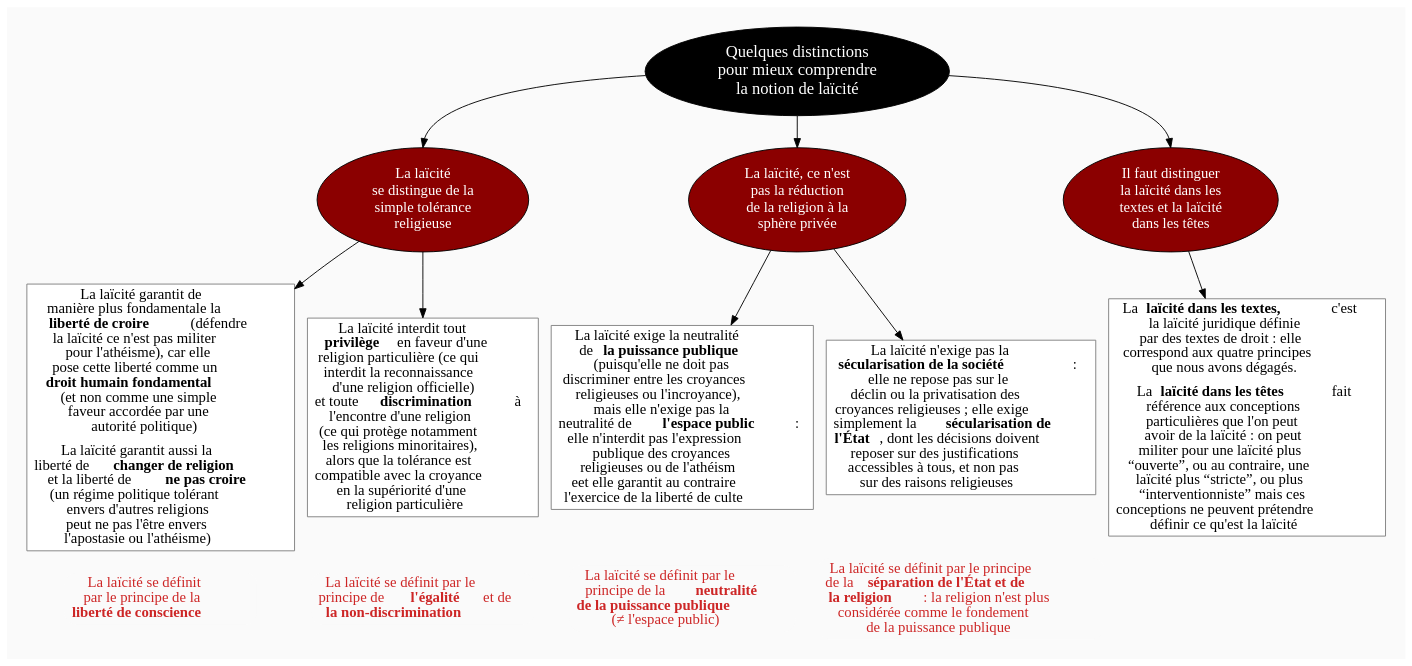
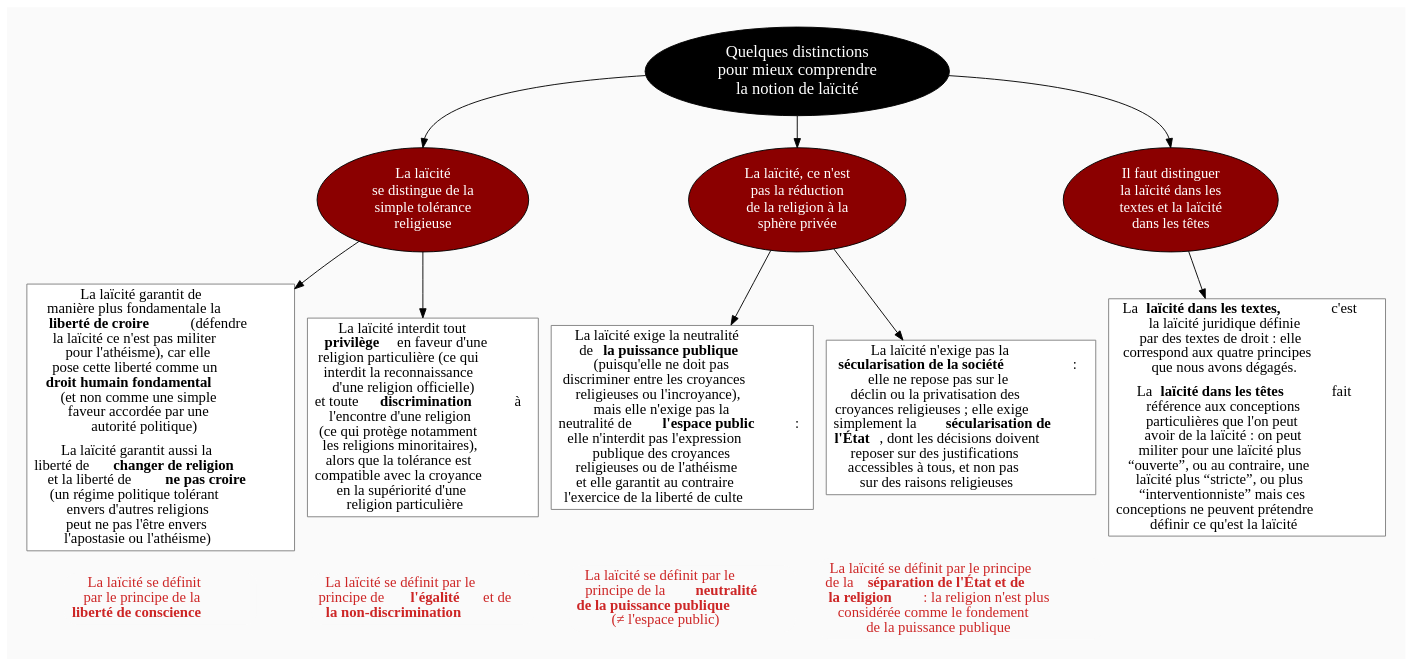
The diagram in diagram/laicite-v2.dot (eyssette/graphviz-examples), drawn with Graphviz before and after one commit.

```diff
--- a/diagram/laicite-v2.dot
+++ b/diagram/laicite-v2.dot
@@ -1,165 +1,165 @@
 digraph G {
 // Template : diagram
 // Usage : 
 //rankdir=LR
 splines=true
 //splines=curved
 bgcolor=grey98
 pad=0.3
 style=filled
 edge[minlen=4]
 node[style=filled, fontcolor=white]
 ranksep=0.1
 nodesep=0.2
 
 // NIVEAU 1
 node[fillcolor=12, fontsize=18]
 a1[label="Quelques distinctions
 pour mieux comprendre
 la notion de laïcité"]
 
 // NIVEAU 2
 node[fillcolor=red4, fontsize=16]
 a1->{
 b1[label="La laïcité
 se distingue de la
 simple tolérance
 religieuse"]
 b2[label="La laïcité, ce n'est
 pas la réduction
 de la religion à la
 sphère privée"]
 b3[label="Il faut distinguer
 la laïcité dans les
 textes et la laïcité
 dans les têtes"]
 }[headport=n]
 
 node[fontcolor=black]
 // NIVEAU 3 (sans intermédiaire)
 node [shape=box, fillcolor=white, color=grey50]
 // c1[label=""]
 b1->{c1,c2}
 c1[label=<La laïcité garantit de<br/>
 manière plus fondamentale la<br/>
 <B>liberté de croire</B>   (défendre<br/>
 la laïcité ce n'est pas militer<br/>
 pour l'athéisme), car elle<br/>
 pose cette liberté comme un<br/>
 <B>droit humain fondamental</B>  <br/>
 (et non comme une simple<br/>
 faveur accordée par une<br/>
 autorité politique)<br/>
 <font point-size="10"><br/></font>
 La laïcité garantit aussi la<br/>
 liberté de <B>changer de religion</B>  <br/>
 et la liberté de <B>ne pas croire</B><br/>
 (un régime politique tolérant<br/>
 envers d'autres religions<br/>
 peut ne pas l'être envers<br/>
 l'apostasie ou l'athéisme)>]
 c2[label=<La laïcité interdit tout<br/>
 <b>privilège</b> en faveur d'une<br/>
 religion particulière (ce qui<br/>
 interdit la reconnaissance<br/>
 d'une religion officielle)<br/>
 et toute <b>discrimination </b>   à<br/>
 l'encontre d'une religion<br/>
 (ce qui protège notamment<br/>
 les religions minoritaires),<br/>
 alors que la tolérance est<br/>
 compatible avec la croyance<br/>
 en la supériorité d'une<br/>
 religion particulière>]
 b2->{c3,c4}
 c3[label=<La laïcité exige la neutralité<br/>
 de <b>la puissance publique</b><br/>
 (puisqu'elle ne doit pas<br/>
 discriminer entre les croyances<br/>
 religieuses ou l'incroyance),<br/>
 mais elle n'exige pas la<br/>
 neutralité de <b>l'espace public </b>  :<br/>
 elle n'interdit pas l'expression<br/>
 publique des croyances<br/>
-religieuses ou de l'athéism<br/>e
+religieuses ou de l'athéisme<br/>
 et elle garantit au contraire<br/>
 l'exercice de la liberté de culte>]
 c4[label=<La laïcité n'exige pas la<br/>
 <b>sécularisation de la société </b>  :<br/>
 elle ne repose pas sur le<br/>
 déclin ou la privatisation des<br/>
 croyances religieuses ; elle exige<br/>
 simplement la <b>sécularisation de<br/>
 l'État</b>, dont les décisions doivent<br/>
 reposer sur des justifications<br/>
 accessibles à tous, et non pas<br/>
 sur des raisons religieuses>]
 
 b3->{c5}
 c5[label=<La <b>laïcité dans les textes,</b> c'est<br/>
 la laïcité juridique définie<br/>
 par des textes de droit : elle<br/>
 correspond aux quatre principes<br/>
 que nous avons dégagés.<br/>
 <font point-size="10"><br/></font>
 La <b>laïcité dans les têtes</b>fait<br/>
 référence aux conceptions<br/>
 particulières que l'on peut<br/>
 avoir de la laïcité : on peut<br/>
 militer pour une laïcité plus <br/>
 “ouverte”, ou au contraire, une<br/>
 laïcité plus “stricte”, ou plus <br/>
 “interventionniste” mais ces<br/>
 conceptions ne peuvent prétendre<br/>
 définir ce qu'est la laïcité>]
 
 // INTERMÉDIAIRE AVANT NIVEAU 3
 node[fillcolor=grey78, shape=oval]
 // [arrowhead=none]
 // bc1[label=""]
 
 // NIVEAU 3 (avec intermédiaire)
 node[fillcolor=white, shape=box, color=grey50]
 // c1[label=""]
 
 // NIVEAU 4
 node[style="filled,rounded", fillcolor=white, shape=box, color=grey50]
 // d1[label=""]
 
 // ÉTIQUETTES EN ROUGE
 node[shape=plaintext, fontcolor=firebrick3, fillcolor=grey98]
 // e1[label=< <B>= Titre</B><BR /><BR />Contenu<BR /> >]
 // e1[label=""]
 // ->e1[minlen=1, style=invis]
 
 c1->e1[minlen=1, style=invis]
 e1[label=<La laïcité se définit<br/>
 par le principe de la<br/>
 <b>liberté de conscience</b>>]
 
 c2->e2[minlen=1, style=invis]
 e2[label=<La laïcité se définit par le<br/>
 principe de <b>l'égalité </b> et de<br/>
 <b>la non-discrimination   </b>>]
 
 c3->e3[minlen=1, style=invis]
 e3[label=<La laïcité se définit par le<br/>
 principe de la <b>neutralité<br/>
 de la puissance publique </b><br/>
 (≠ l'espace public)>]
 
 c4->e4[minlen=1, style=invis]
 e4[label=<La laïcité se définit par le principe<br/>
 de la <b>séparation de l'État et de    <br/>
 la religion  </b> : la religion n'est plus<br/>
 considérée comme le fondement<br/>
 de la puissance publique>]
 
 // REMARQUES EN BLEU
 node[color=blue, shape=box, margin=0.07, fontcolor=black, fontsize=12, style="dashed", penwidth=0.6]
 edge[color=blue, arrowhead="none", xlabel="", style="dashed", penwidth=0.6]
 // r1[label=""]
 // {rank=same;->r1}
 // {rank=same;r1->[dir=back]}
 
 }
```
